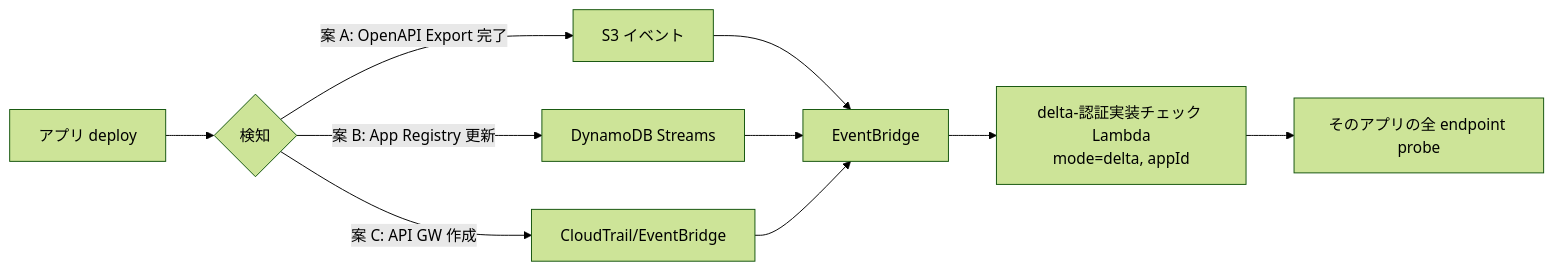
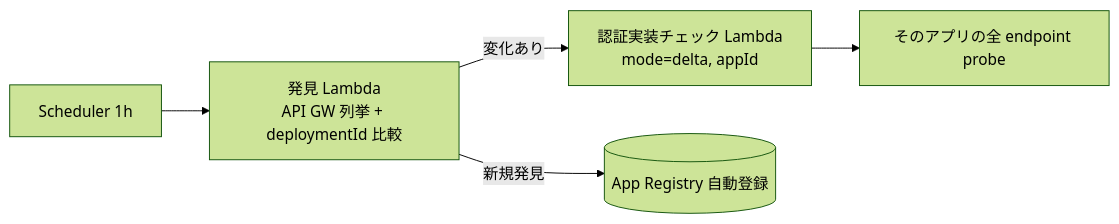
One commit to suepie/aws-atuh-poc changed the second of 2 diagrams in doc/api-platform/basic-design/18-scan-modes-and-scheduling.md. Above: the diagram before and after it, drawn with Mermaid (forest theme). The commit also changed other lines of this file and 12 other files, not shown here.

````diff
--- a/doc/api-platform/basic-design/18-scan-modes-and-scheduling.md
+++ b/doc/api-platform/basic-design/18-scan-modes-and-scheduling.md
@@ -66,10 +68,7 @@
 ```mermaid
 flowchart LR
-    Dep[アプリ deploy] --> Ev{検知}
-    Ev -->|案 A: OpenAPI Export 完了| S3E[S3 イベント]
-    Ev -->|案 B: App Registry 更新| DDBS[DynamoDB Streams]
-    Ev -->|案 C: API GW 作成| CT[CloudTrail/EventBridge]
-    S3E & DDBS & CT --> EB[EventBridge]
-    EB --> L[delta-認証実装チェック Lambda<br/>mode=delta, appId]
+    SCH[Scheduler 1h] --> DISC[発見 Lambda<br/>API GW 列挙 + deploymentId 比較]
+    DISC -->|変化あり| L[認証実装チェック Lambda<br/>mode=delta, appId]
+    DISC -->|新規発見| REG[(App Registry 自動登録)]
     L --> P[そのアプリの全 endpoint probe]
 ```
````
